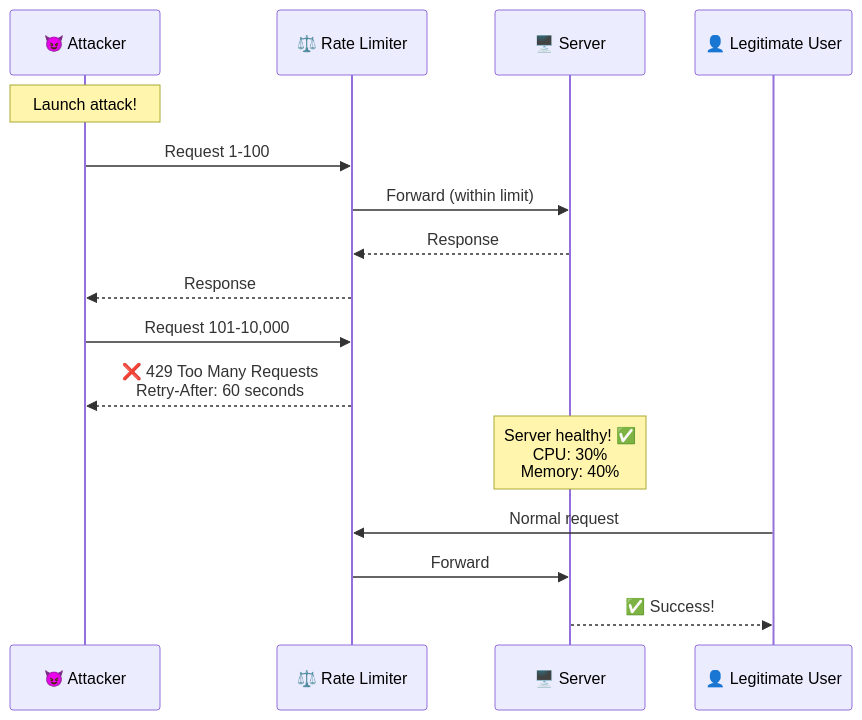
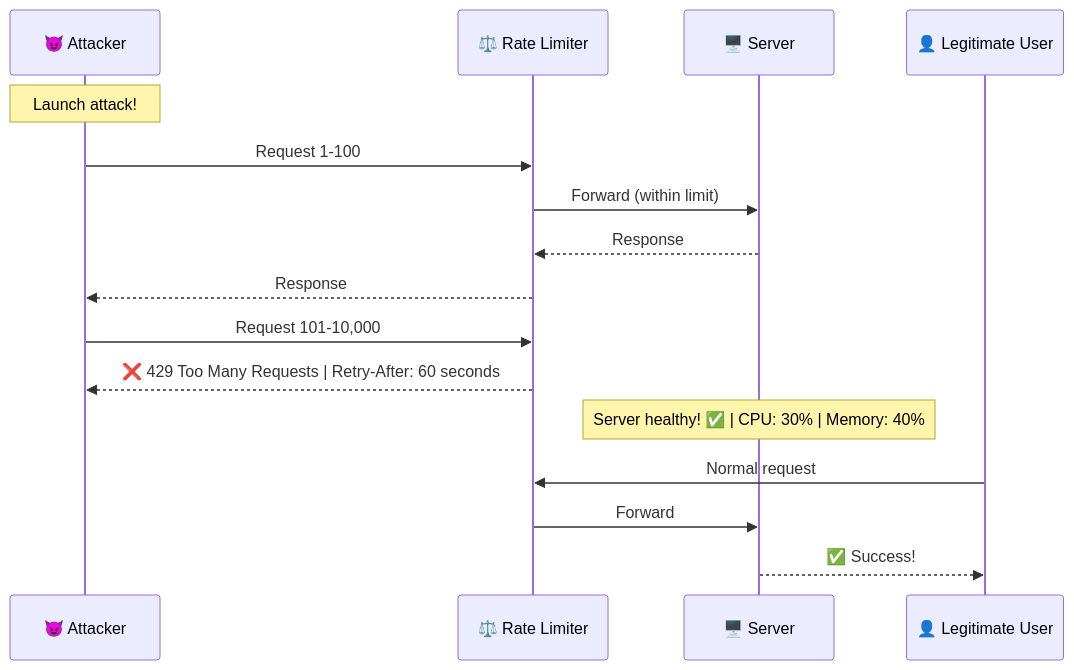
Before and after one commit to p1kmr/for-reading: the fourth of 14 diagrams in HLD/foundation/10_rate-limiting.md, drawn with Mermaid. The commit also changed other lines of this file and 14 other files, not shown here.

Commit message:
Fix Mermaid diagram syntax: Replace <br/> with <br> for GitHub compatibility

````diff
--- a/HLD/foundation/10_rate-limiting.md
+++ b/HLD/foundation/10_rate-limiting.md
@@ -100,23 +100,23 @@
 ```mermaid
 sequenceDiagram
     participant Attacker as 😈 Attacker
     participant RateLimiter as ⚖️ Rate Limiter
     participant Server as 🖥️ Server
     participant LegitUser as 👤 Legitimate User
 
     Note over Attacker: Launch attack!
 
     Attacker->>RateLimiter: Request 1-100
     RateLimiter->>Server: Forward (within limit)
     Server-->>RateLimiter: Response
     RateLimiter-->>Attacker: Response
 
     Attacker->>RateLimiter: Request 101-10,000
-    RateLimiter-->>Attacker: ❌ 429 Too Many Requests<br/>Retry-After: 60 seconds
+    RateLimiter-->>Attacker: ❌ 429 Too Many Requests | Retry-After: 60 seconds
 
-    Note over Server: Server healthy! ✅<br/>CPU: 30%<br/>Memory: 40%
+    Note over Server: Server healthy! ✅ | CPU: 30% | Memory: 40%
 
     LegitUser->>RateLimiter: Normal request
     RateLimiter->>Server: Forward
     Server-->>LegitUser: ✅ Success!
 ```
````
